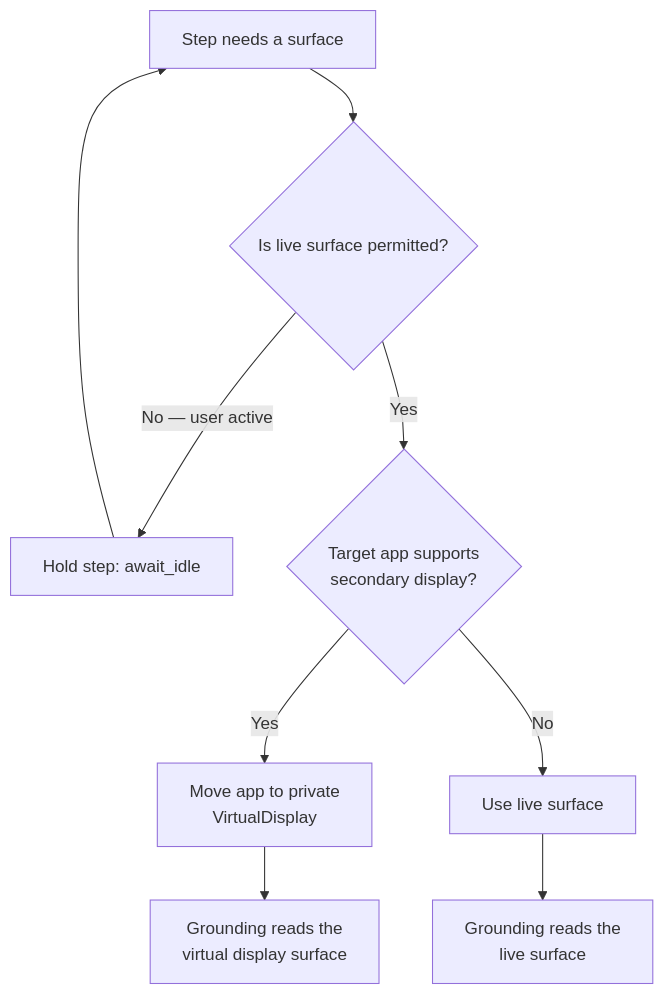
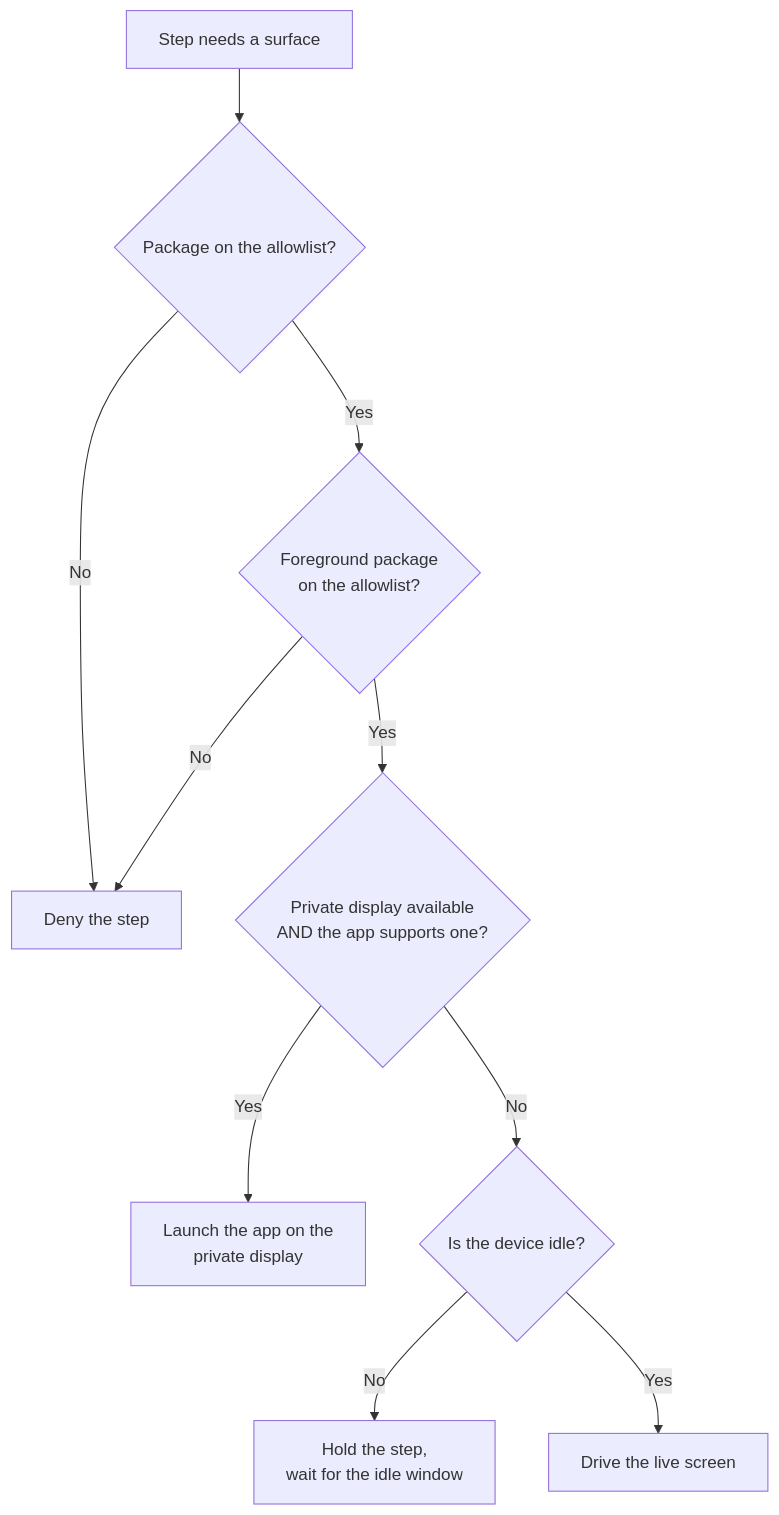
The fourth of 9 diagrams in ARCH.md (mehraj-alom/lumen), drawn with Mermaid before and after one commit. The commit also changed other lines of this file and 9 other files, not shown here.

````diff
--- a/ARCH.md
+++ b/ARCH.md
@@ -279,11 +283,12 @@
 ```mermaid
 graph TB
-    A[Step needs a surface] --> B{Is live surface permitted?}
-    B -->|No — user active| C[Hold step: await_idle]
-    B -->|Yes| D{Target app supports<br/>secondary display?}
-    D -->|Yes| E[Move app to private<br/>VirtualDisplay]
-    D -->|No| F[Use live surface]
-    E --> G[Grounding reads the<br/>virtual display surface]
-    F --> H[Grounding reads the<br/>live surface]
-    C --> A
+    A[Step needs a surface] --> B{Package on the allowlist?}
+    B -->|No| D[Deny the step]
+    B -->|Yes| C{Foreground package<br/>on the allowlist?}
+    C -->|No| D
+    C -->|Yes| E{Private display available<br/>AND the app supports one?}
+    E -->|Yes| F[Launch the app on the<br/>private display]
+    E -->|No| G{Is the device idle?}
+    G -->|No| H[Hold the step,<br/>wait for the idle window]
+    G -->|Yes| I[Drive the live screen]
 ```
````
